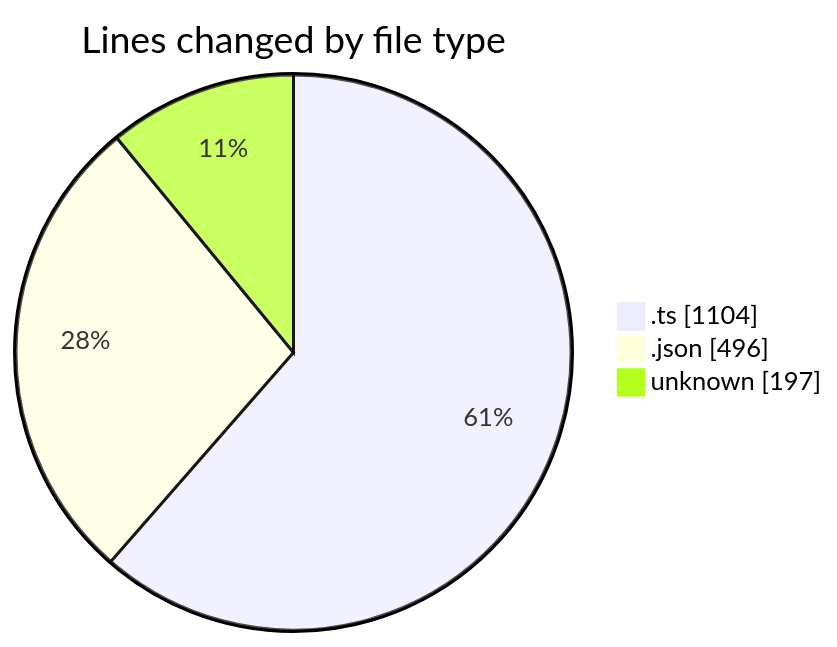
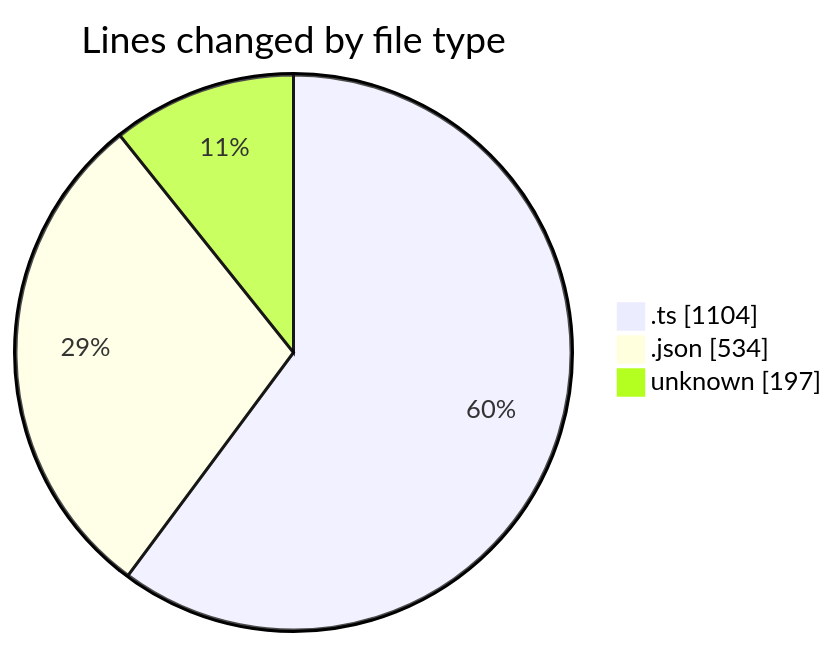
One commit to EIIisD/code-tracking changed the first of 2 diagrams in 2025-08-24/chatgpt-extension/README.md. Above: the diagram before and after it, drawn with Mermaid. The commit also changed other lines of this file and 1 other file, not shown here.

````diff
--- a/2025-08-24/chatgpt-extension/README.md
+++ b/2025-08-24/chatgpt-extension/README.md
@@ -24,7 +24,7 @@
 ```mermaid
 pie showData
 title Lines changed by file type
 ".ts" : 1104
-".json" : 496
+".json" : 534
 "unknown" : 197
 ```
````
